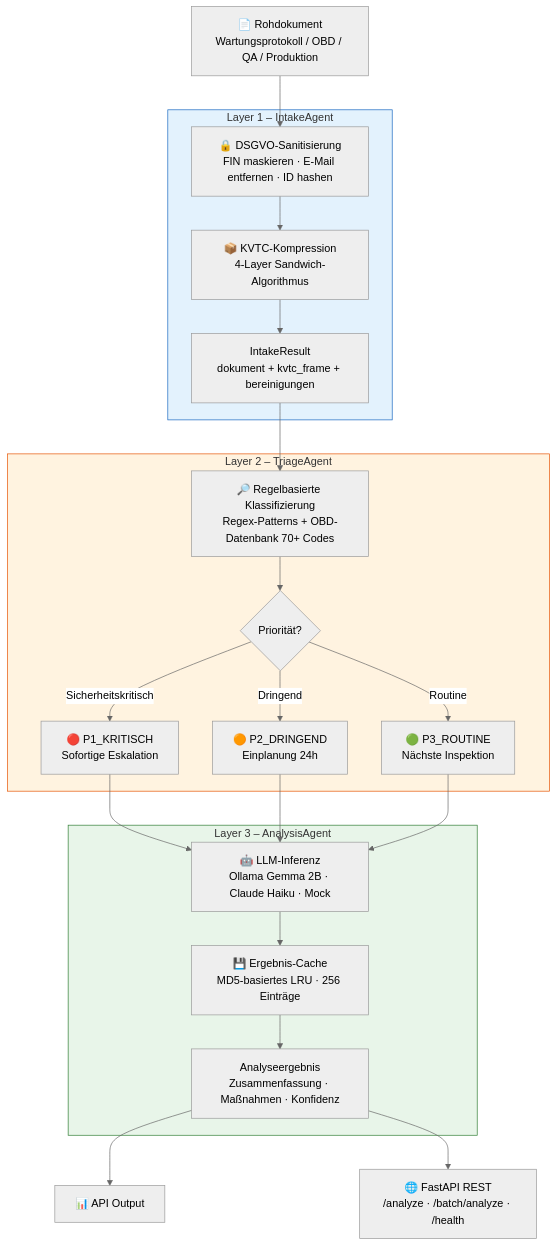
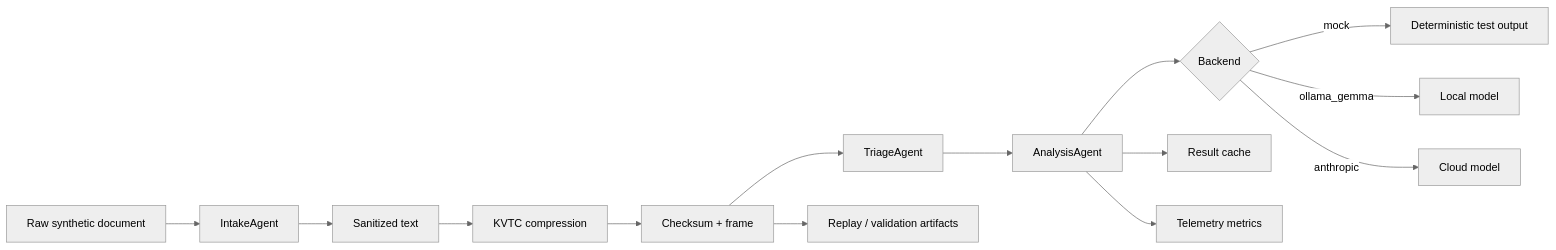
The diagram in README.md (ProfRandom92/Comptext-Daimler-Experiment-), drawn with Mermaid (neutral theme) before and after one commit. The commit also changed other lines of this file and 28 other files, not shown here.

````diff
--- a/README.md
+++ b/README.md
@@ -97,35 +45,16 @@
 ```mermaid
-flowchart TD
-    A[📄 Rohdokument\nWartungsprotokoll / OBD / QA / Produktion] --> B
-
-    subgraph Layer1["Layer 1 – IntakeAgent"]
-        B[🔒 DSGVO-Sanitisierung\nFIN maskieren · E-Mail entfernen · ID hashen]
-        B --> C[📦 KVTC-Kompression\n4-Layer Sandwich-Algorithmus]
-        C --> D[IntakeResult\ndokument + kvtc_frame + bereinigungen]
-    end
-
-    D --> E
-
-    subgraph Layer2["Layer 2 – TriageAgent"]
-        E[🔎 Regelbasierte Klassifizierung\nRegex-Patterns + OBD-Datenbank 70+ Codes]
-        E --> F{Priorität?}
-        F -->|Sicherheitskritisch| G[🔴 P1_KRITISCH\nSofortige Eskalation]
-        F -->|Dringend| H[🟠 P2_DRINGEND\nEinplanung 24h]
-        F -->|Routine| I[🟢 P3_ROUTINE\nNächste Inspektion]
-    end
-
-    G & H & I --> J
-
-    subgraph Layer3["Layer 3 – AnalysisAgent"]
-        J[🤖 LLM-Inferenz\nOllama Gemma 2B · Claude Haiku · Mock]
-        J --> K[💾 Ergebnis-Cache\nMD5-basiertes LRU · 256 Einträge]
-        K --> L[Analyseergebnis\nZusammenfassung · Maßnahmen · Konfidenz]
-    end
-
-    L --> M[📊 API Output]
-    L --> N[🌐 FastAPI REST\n/analyze · /batch/analyze · /health]
-
-    style Layer1 fill:#E3F2FD,stroke:#1565C0
-    style Layer2 fill:#FFF3E0,stroke:#E65100
-    style Layer3 fill:#E8F5E9,stroke:#2E7D32
+flowchart LR
+    A[Raw synthetic document] --> B[IntakeAgent]
+    B --> C[Sanitized text]
+    C --> D[KVTC compression]
+    D --> E[Checksum + frame]
+    E --> F[TriageAgent]
+    F --> G[AnalysisAgent]
+    G --> H{Backend}
+    H -->|mock| I[Deterministic test output]
+    H -->|ollama_gemma| J[Local model]
+    H -->|anthropic| K[Cloud model]
+    G --> L[Result cache]
+    G --> M[Telemetry metrics]
+    E --> N[Replay / validation artifacts]
 ```
````
